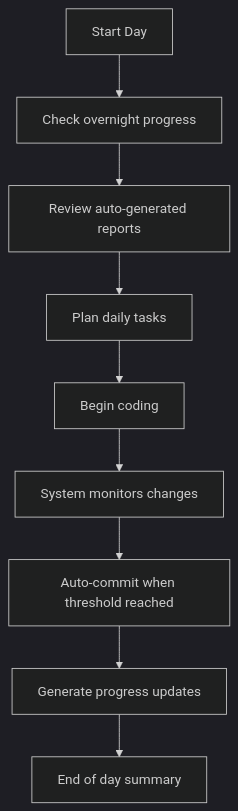
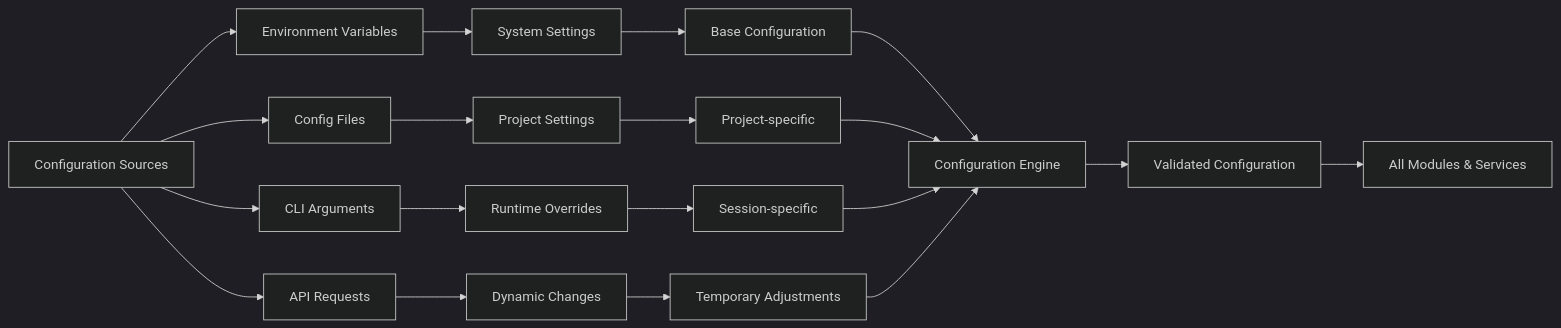
One commit to Shakour-Data/AutoProjectManagement changed the fourth of 8 diagrams in Docs/entire_project/Quick_Start_Guide/Quick_Start_Guide.md. Above: the diagram before and after it, drawn with Mermaid (dark theme). The commit also changed other lines of this file, not shown here.

Commit message:
Auto-commit: 1 file(s) updated

````diff
--- a/Docs/entire_project/Quick_Start_Guide/Quick_Start_Guide.md
+++ b/Docs/entire_project/Quick_Start_Guide/Quick_Start_Guide.md
@@ -409,11 +596,25 @@
 ```mermaid
-graph TD
-    A[Start Day] --> B[Check overnight progress]
-    B --> C[Review auto-generated reports]
-    C --> D[Plan daily tasks]
-    D --> E[Begin coding]
-    E --> F[System monitors changes]
-    F --> G[Auto-commit when threshold reached]
-    G --> H[Generate progress updates]
-    H --> I[End of day summary]
+graph LR
+    A[Configuration Sources] --> B[Environment Variables]
+    A --> C[Config Files]
+    A --> D[CLI Arguments]
+    A --> E[API Requests]
+    
+    B --> F[System Settings]
+    C --> G[Project Settings]
+    D --> H[Runtime Overrides]
+    E --> I[Dynamic Changes]
+    
+    F --> J[Base Configuration]
+    G --> K[Project-specific]
+    H --> L[Session-specific]
+    I --> M[Temporary Adjustments]
+    
+    J --> N[Configuration Engine]
+    K --> N
+    L --> N
+    M --> N
+    
+    N --> O[Validated Configuration]
+    O --> P[All Modules & Services]
 ```
````
